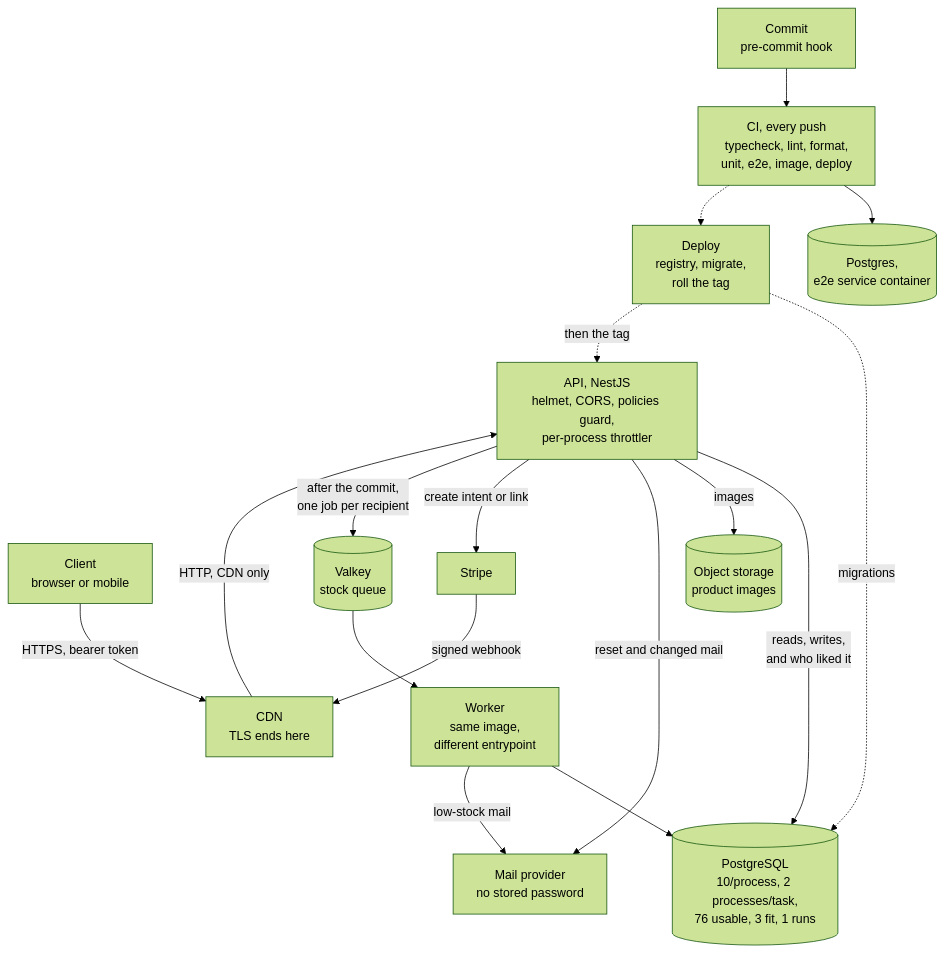
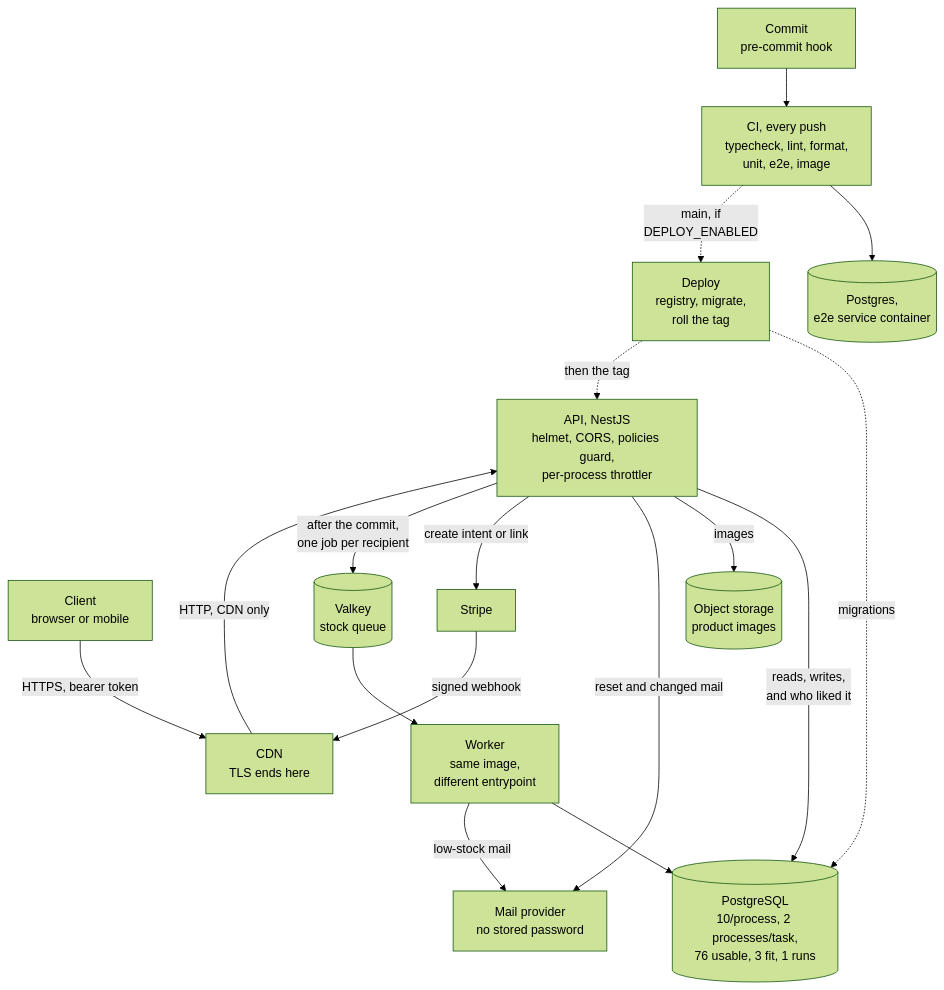
Before and after one commit to f3r21/t-shirt-store-api: the diagram in ARCHITECTURE.md, drawn with Mermaid (forest theme). The commit also changed other lines of this file and 2 other files, not shown here.

````diff
--- a/ARCHITECTURE.md
+++ b/ARCHITECTURE.md
@@ -5,35 +5,35 @@
 ```mermaid
 flowchart TB
     code["Commit<br/>pre-commit hook"]
-    ci["CI, every push<br/>typecheck, lint, format,<br/>unit, e2e, image, deploy"]
+    ci["CI, every push<br/>typecheck, lint, format,<br/>unit, e2e, image"]
     citest[("Postgres,<br/>e2e service container")]
     deploy["Deploy<br/>registry, migrate,<br/>roll the tag"]
 
     client["Client<br/>browser or mobile"]
     cdn["CDN<br/>TLS ends here"]
     api["API, NestJS<br/>helmet, CORS, policies guard,<br/>per-process throttler"]
     pg[("PostgreSQL<br/>10/process, 2 processes/task,<br/>76 usable, 3 fit, 1 runs")]
     store[("Object storage<br/>product images")]
     smtp["Mail provider<br/>no stored password"]
     stripe["Stripe"]
     valkey[("Valkey<br/>stock queue")]
     worker["Worker<br/>same image,<br/>different entrypoint"]
 
     code --> ci
     ci --> citest
-    ci -.-> deploy
+    ci -.->|"main, if<br/>DEPLOY_ENABLED"| deploy
     deploy -.->|"migrations"| pg
     deploy -.->|"then the tag"| api
 
     client -->|"HTTPS, bearer token"| cdn
     cdn -->|"HTTP, CDN only"| api
     api -->|"reads, writes,<br/>and who liked it"| pg
     api -->|"images"| store
     api -->|"reset and changed mail"| smtp
     api -->|"create intent or link"| stripe
     api -->|"after the commit,<br/>one job per recipient"| valkey
     stripe -->|"signed webhook"| cdn
     valkey --> worker
     worker --> pg
     worker -->|"low-stock mail"| smtp
 ```
````
